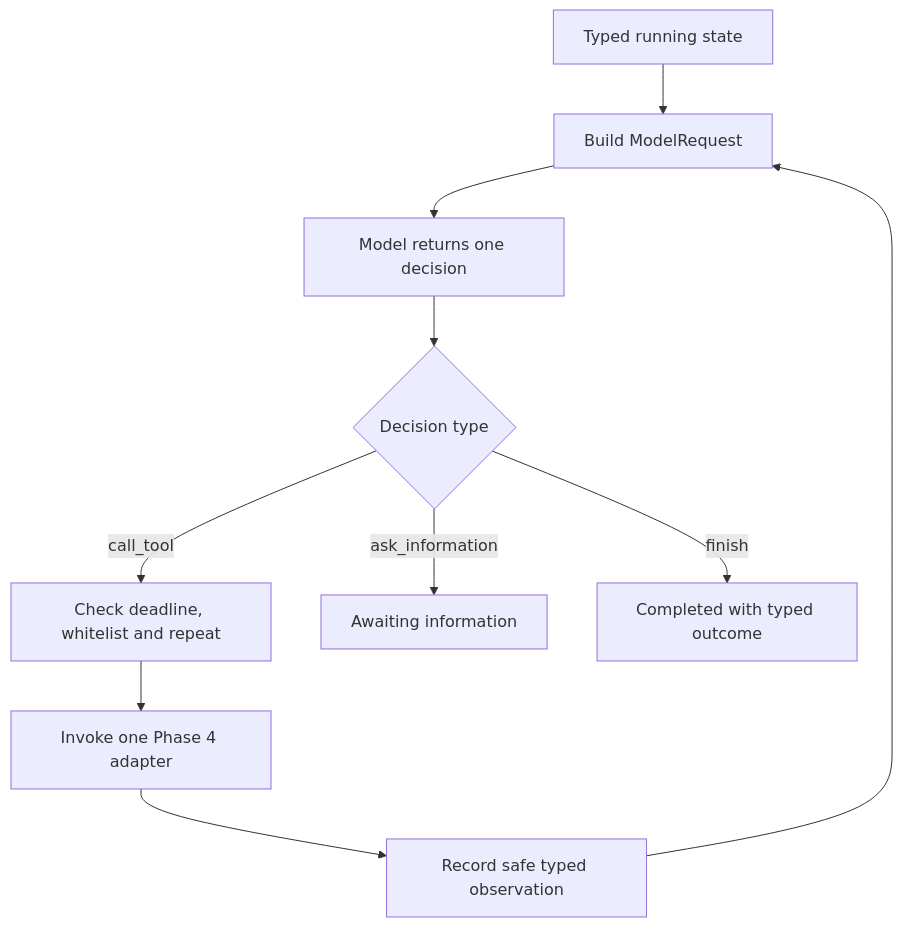
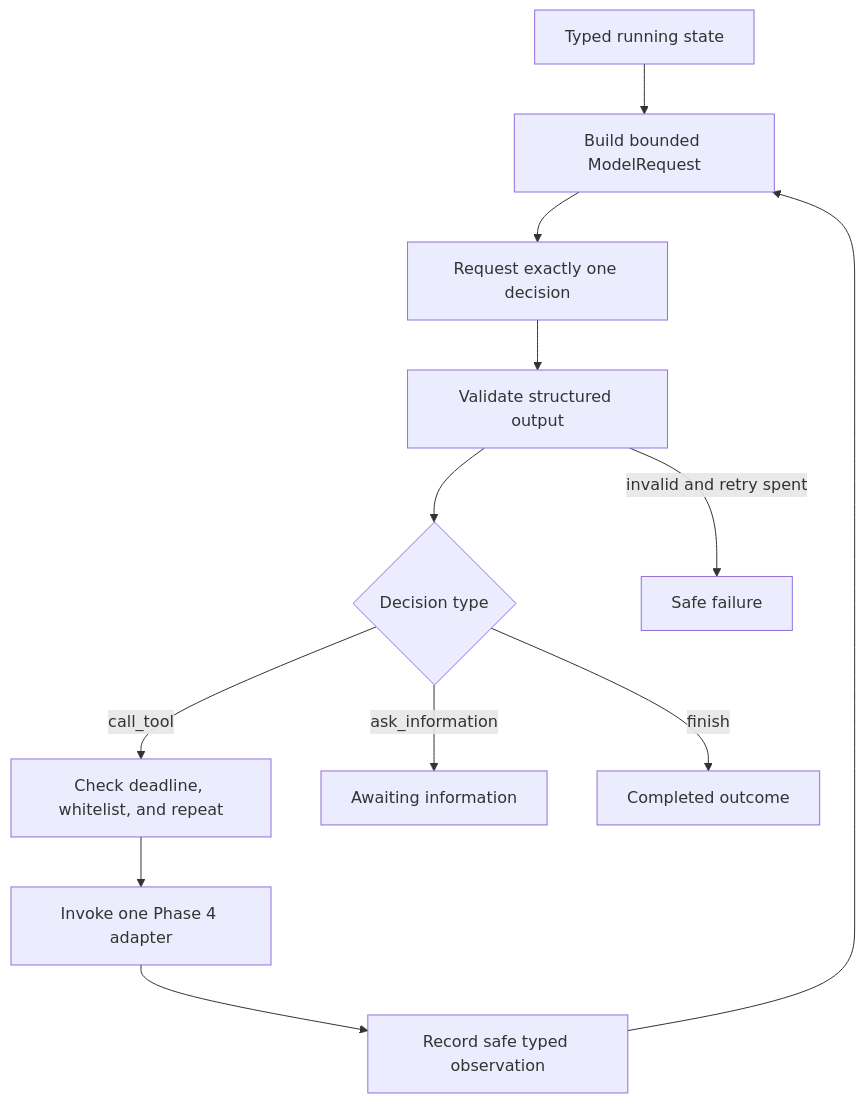
Before and after one commit to spolovynko/travelops-recovery-agent: the second of 8 diagrams in docs/notes/phase-6.md, drawn with Mermaid. The commit also changed other lines of this file and 25 other files, not shown here.

````diff
--- a/docs/notes/phase-6.md
+++ b/docs/notes/phase-6.md
@@ -52,12 +85,14 @@
 ```mermaid
 flowchart TD
-    START["Typed running state"] --> REQUEST["Build ModelRequest"]
-    REQUEST --> MODEL["Model returns one decision"]
-    MODEL --> KIND{"Decision type"}
-    KIND -->|"call_tool"| GUARDS["Check deadline, whitelist and repeat"]
+    START["Typed running state"] --> REQUEST["Build bounded ModelRequest"]
+    REQUEST --> MODEL["Request exactly one decision"]
+    MODEL --> VALIDATE["Validate structured output"]
+    VALIDATE --> KIND{"Decision type"}
+    KIND -->|"call_tool"| GUARDS["Check deadline, whitelist, and repeat"]
     GUARDS --> TOOL["Invoke one Phase 4 adapter"]
     TOOL --> OBS["Record safe typed observation"]
     OBS --> REQUEST
     KIND -->|"ask_information"| ASK["Awaiting information"]
-    KIND -->|"finish"| FINISH["Completed with typed outcome"]
+    KIND -->|"finish"| DONE["Completed outcome"]
+    VALIDATE -->|"invalid and retry spent"| FAIL["Safe failure"]
 ```
````
